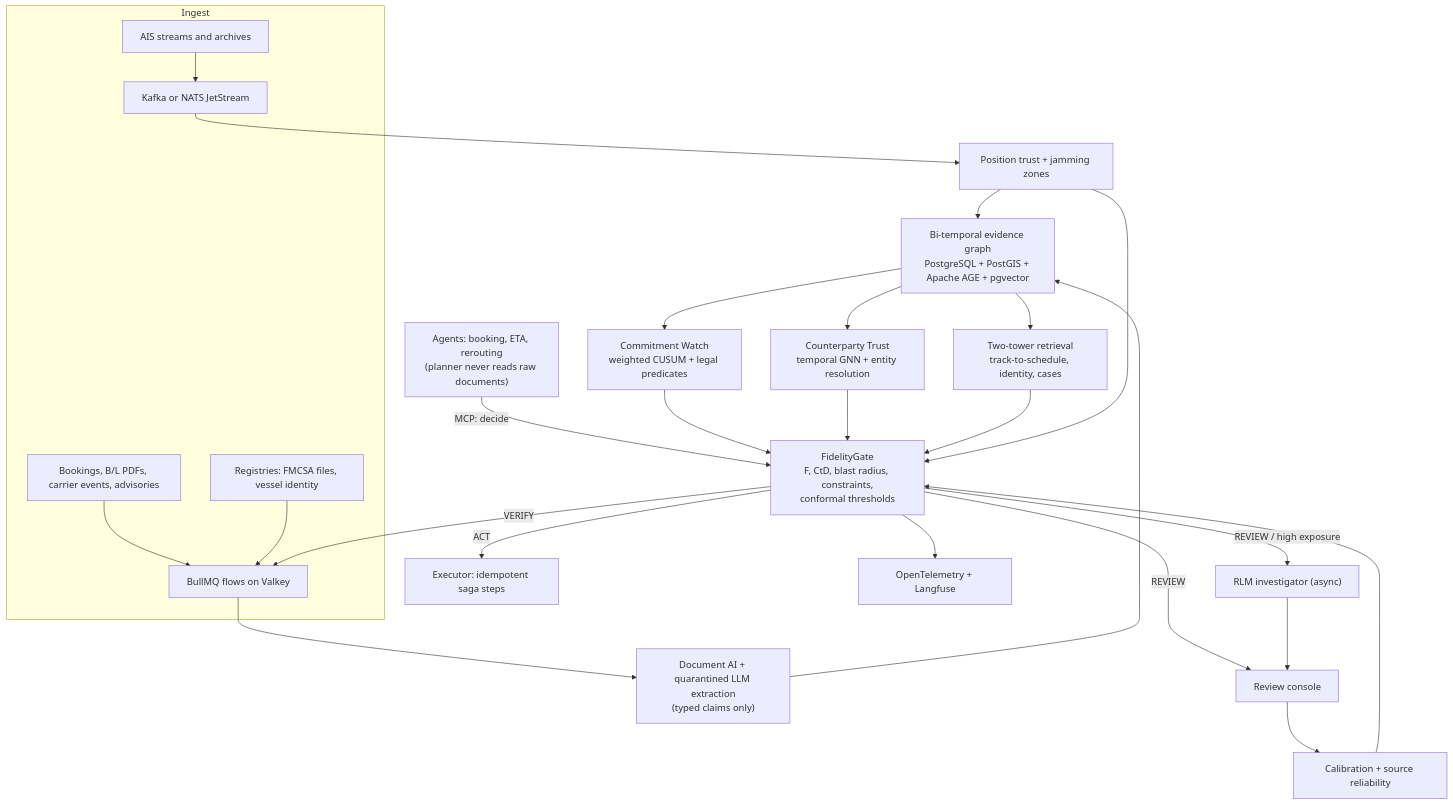
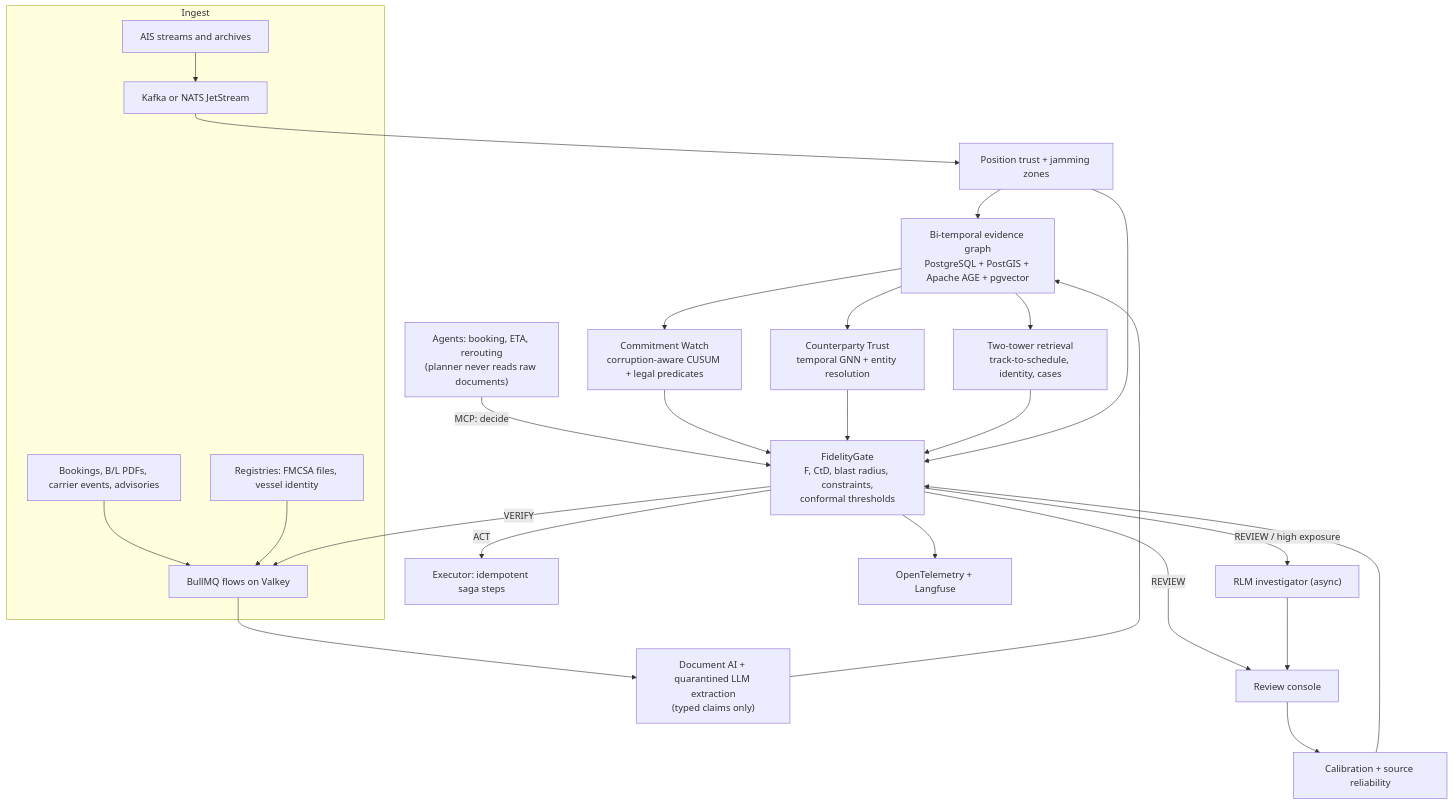
Before and after one commit to hbasired/GenAI-research: the third of 3 diagrams in research-topics/final_topic_when_the_data_lies.md, drawn with Mermaid. The commit also changed other lines of this file and 1 other file, not shown here.

````diff
--- a/research-topics/final_topic_when_the_data_lies.md
+++ b/research-topics/final_topic_when_the_data_lies.md
@@ -661,28 +706,28 @@
 ```mermaid
 flowchart TB
   subgraph Ingest
     AIS["AIS streams and archives"] --> BUS["Kafka or NATS JetStream"]
     DOCS["Bookings, B/L PDFs, carrier events, advisories"] --> BQ["BullMQ flows on Valkey"]
     REG["Registries: FMCSA files, vessel identity"] --> BQ
   end
   BUS --> PHY["Position trust + jamming zones"]
   BQ --> EXT["Document AI + quarantined LLM extraction<br/>(typed claims only)"]
   PHY --> KG["Bi-temporal evidence graph<br/>PostgreSQL + PostGIS + Apache AGE + pgvector"]
   EXT --> KG
-  KG --> CW["Commitment Watch<br/>weighted CUSUM + legal predicates"]
+  KG --> CW["Commitment Watch<br/>corruption-aware CUSUM + legal predicates"]
   KG --> ID["Counterparty Trust<br/>temporal GNN + entity resolution"]
   KG --> TT["Two-tower retrieval<br/>track-to-schedule, identity, cases"]
   AGT["Agents: booking, ETA, rerouting<br/>(planner never reads raw documents)"] -->|MCP: decide| GATE["FidelityGate<br/>F, CtD, blast radius, constraints,<br/>conformal thresholds"]
   CW --> GATE
   ID --> GATE
   TT --> GATE
   PHY --> GATE
   GATE -->|ACT| EXE["Executor: idempotent saga steps"]
   GATE -->|VERIFY| BQ
   GATE -->|REVIEW| HR["Review console"]
   GATE -->|REVIEW / high exposure| RLM["RLM investigator (async)"]
   RLM --> HR
   HR --> CAL["Calibration + source reliability"]
   CAL --> GATE
   GATE --> OBS["OpenTelemetry + Langfuse"]
 ```
````
